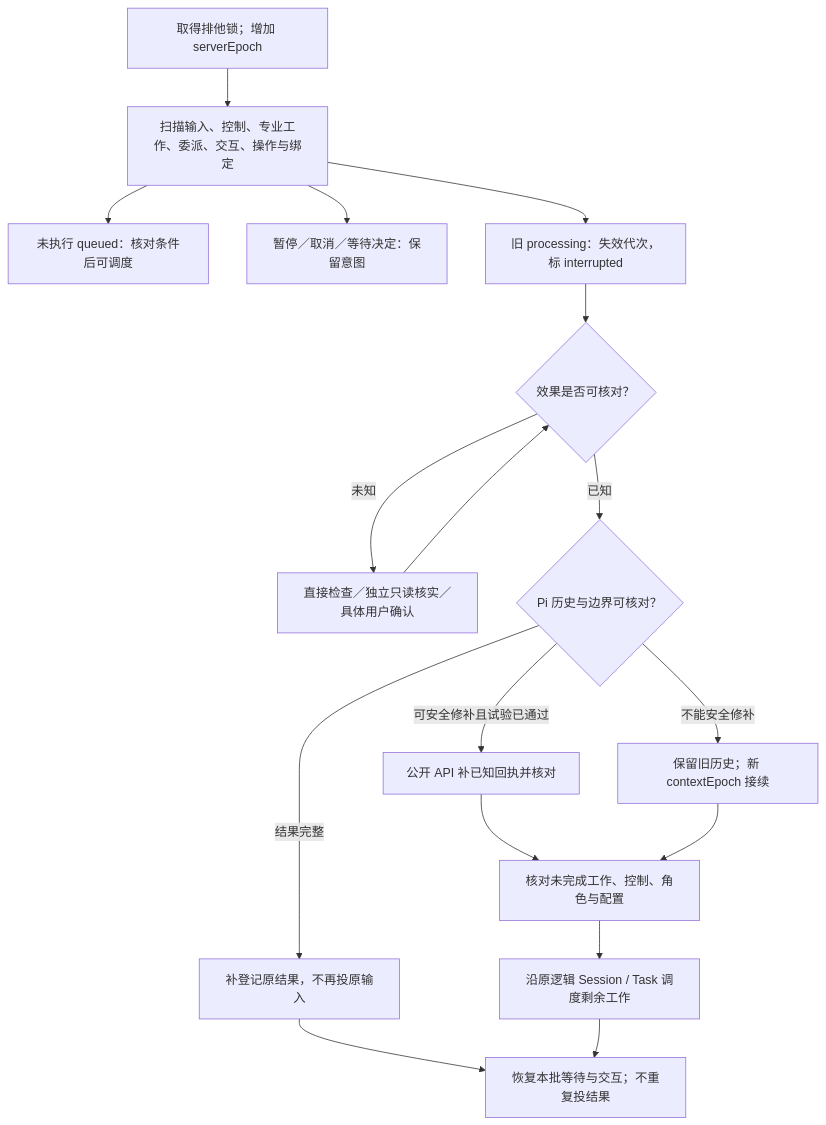
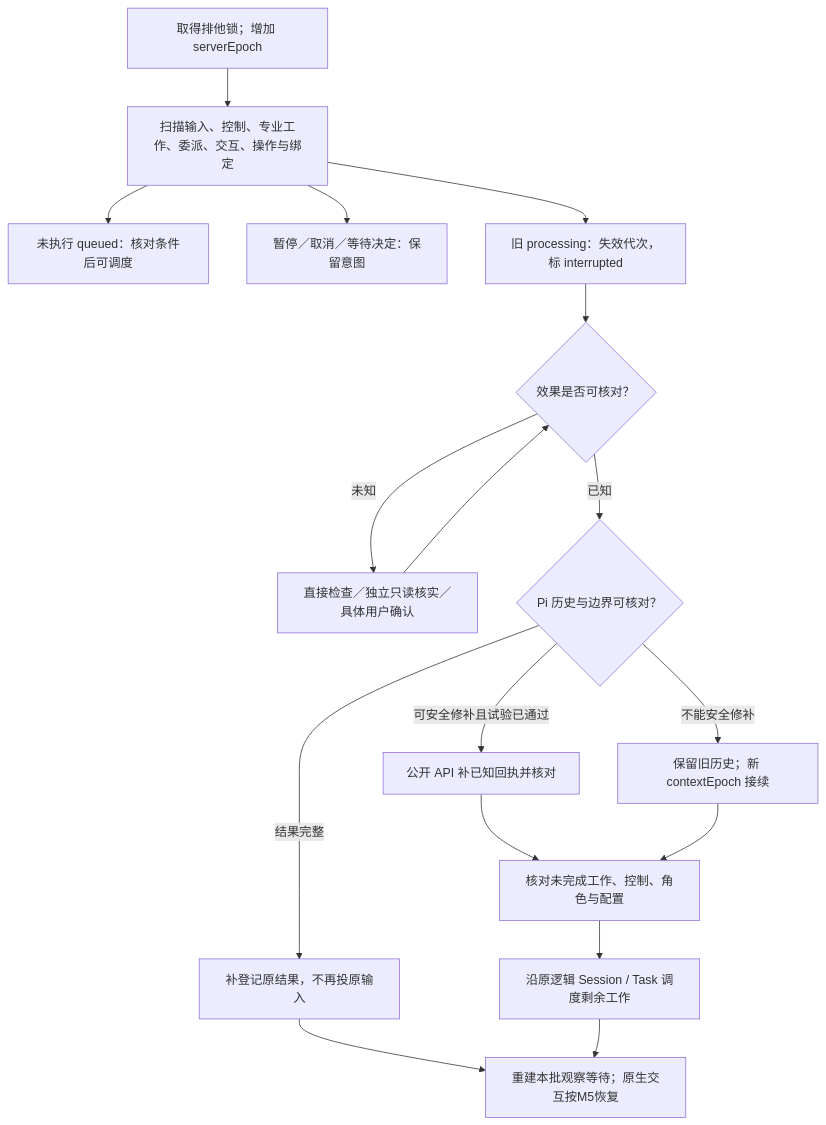
Before and after one commit to mojiaicrypto-ops/Kaiming: the diagram in docs/technicalnew/storage-and-recovery.md, drawn with Mermaid. The commit also changed other lines of this file and 27 other files, not shown here.

````diff
--- a/docs/technicalnew/storage-and-recovery.md
+++ b/docs/technicalnew/storage-and-recovery.md
@@ -197,19 +200,19 @@
 ```mermaid
 flowchart TD
   BOOT[取得排他锁；增加 serverEpoch] --> SCAN[扫描输入、控制、专业工作、委派、交互、操作与绑定]
   SCAN --> QUEUED[未执行 queued：核对条件后可调度]
   SCAN --> CONTROL[暂停／取消／等待决定：保留意图]
   SCAN --> INTERRUPT[旧 processing：失效代次，标 interrupted]
   INTERRUPT --> EFFECT{效果是否可核对？}
   EFFECT -->|未知| HOLD[直接检查／独立只读核实／具体用户确认]
   HOLD --> EFFECT
   EFFECT -->|已知| HISTORY{Pi 历史与边界可核对？}
   HISTORY -->|结果完整| REGISTER[补登记原结果，不再投原输入]
   HISTORY -->|可安全修补且试验已通过| REPAIR[公开 API 补已知回执并核对]
   HISTORY -->|不能安全修补| HANDOFF[保留旧历史；新 contextEpoch 接续]
   REPAIR --> CHECK[核对未完成工作、控制、角色与配置]
   HANDOFF --> CHECK
   CHECK --> CONTINUE[沿原逻辑 Session / Task 调度剩余工作]
-  REGISTER --> NOTIFY[恢复本批等待与交互；不重复投结果]
+  REGISTER --> NOTIFY[重建本批观察等待；原生交互按M5恢复]
   CONTINUE --> NOTIFY
 ```
````
